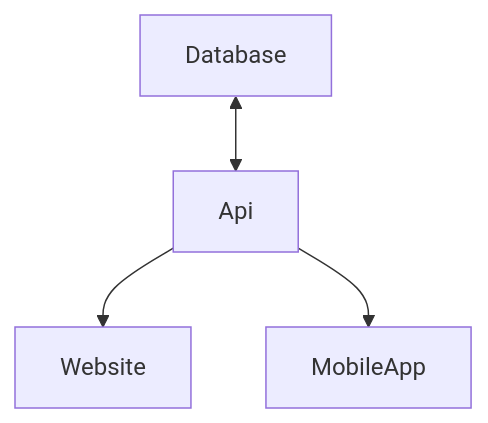
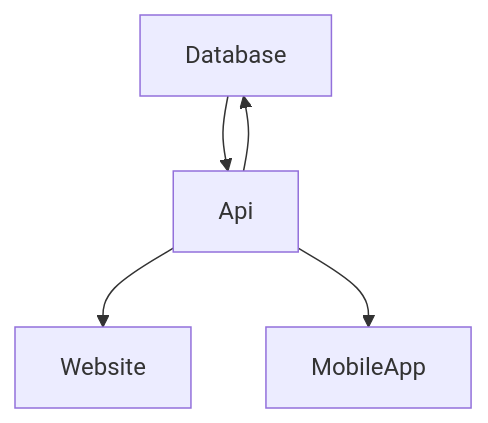
The diagram in README.md (Storganizer/api), drawn with Mermaid before and after one commit.

Commit message:
Graph tryout

````diff
--- a/README.md
+++ b/README.md
@@ -4,7 +4,8 @@
 ```mermaid
   graph TD;
-      Database<-->Api;
+      Database-->Api;
+      Api-->Database;
       Api-->Website;
       Api-->MobileApp;
 
 ```
````
